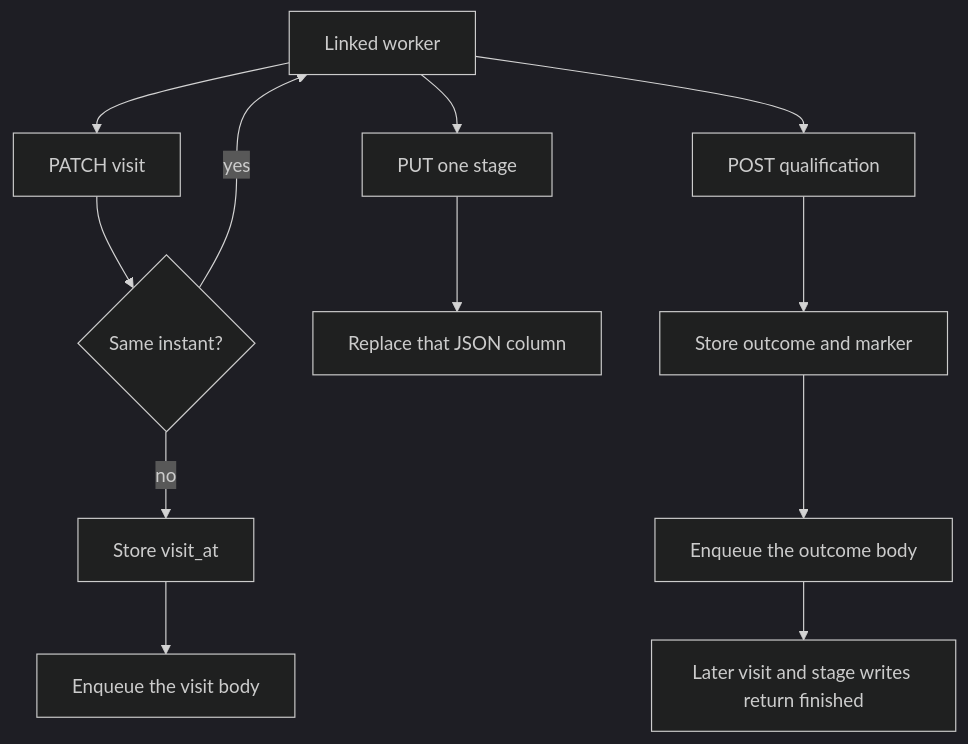
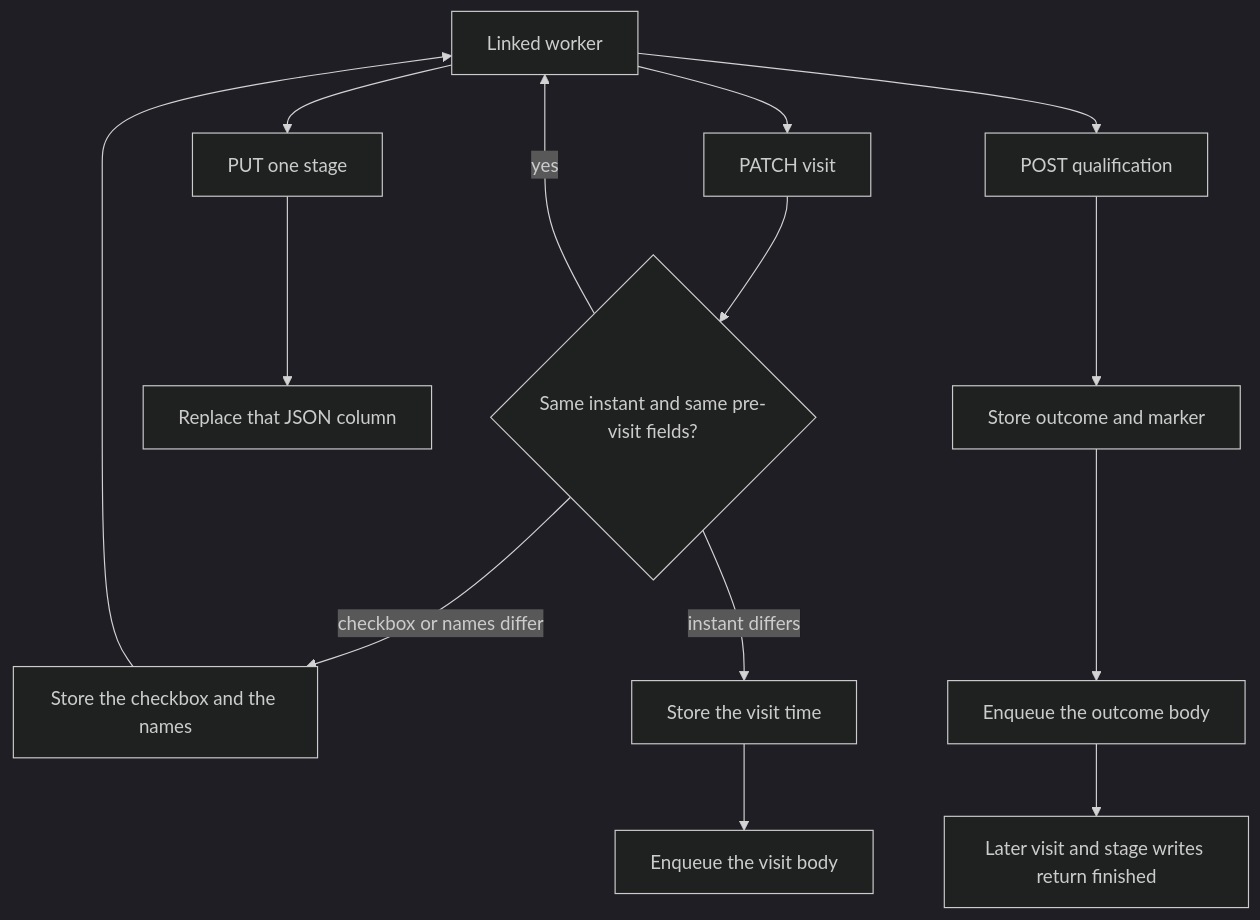
One commit to usamah82/sokong changed the second of 2 diagrams in context/requirements/features/verification-visit/plan.md. Above: the diagram before and after it, drawn with Mermaid (dark theme). The commit also changed other lines of this file and 24 other files, not shown here.

First line of the commit message:
Revise the verification visit around pre-visit, documents, and post-visit.

````diff
--- a/context/requirements/features/verification-visit/plan.md
+++ b/context/requirements/features/verification-visit/plan.md
@@ -178,26 +182,29 @@
 ```mermaid
 flowchart TD
   worker[Linked worker]
   visit["PATCH visit"]
-  same{Same instant?}
-  saveVisit[Store visit_at]
+  same{Same instant and same pre-visit fields?}
+  fieldsOnly[Store the checkbox and the names]
+  saveVisit[Store the visit time]
   mailVisit[Enqueue the visit body]
   stage["PUT one stage"]
   saveStage[Replace that JSON column]
   mark["POST qualification"]
   saveMark[Store outcome and marker]
   mailMark[Enqueue the outcome body]
   locked[Later visit and stage writes return finished]
 
   worker --> visit
   visit --> same
   same -->|yes| worker
-  same -->|no| saveVisit
+  same -->|checkbox or names differ| fieldsOnly
+  fieldsOnly --> worker
+  same -->|instant differs| saveVisit
   saveVisit --> mailVisit
   worker --> stage
   stage --> saveStage
   worker --> mark
   mark --> saveMark
   saveMark --> mailMark
   mailMark --> locked
 ```
````
